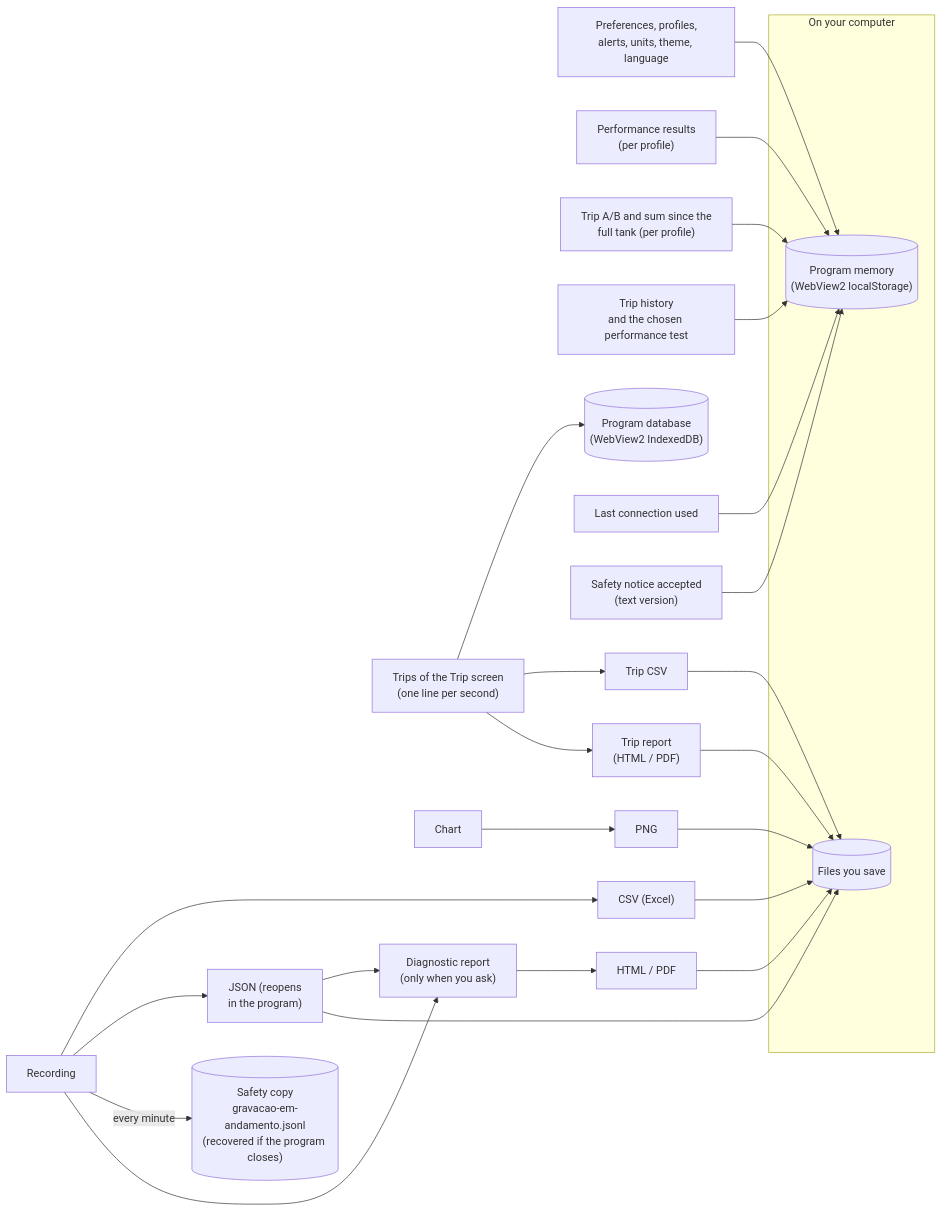
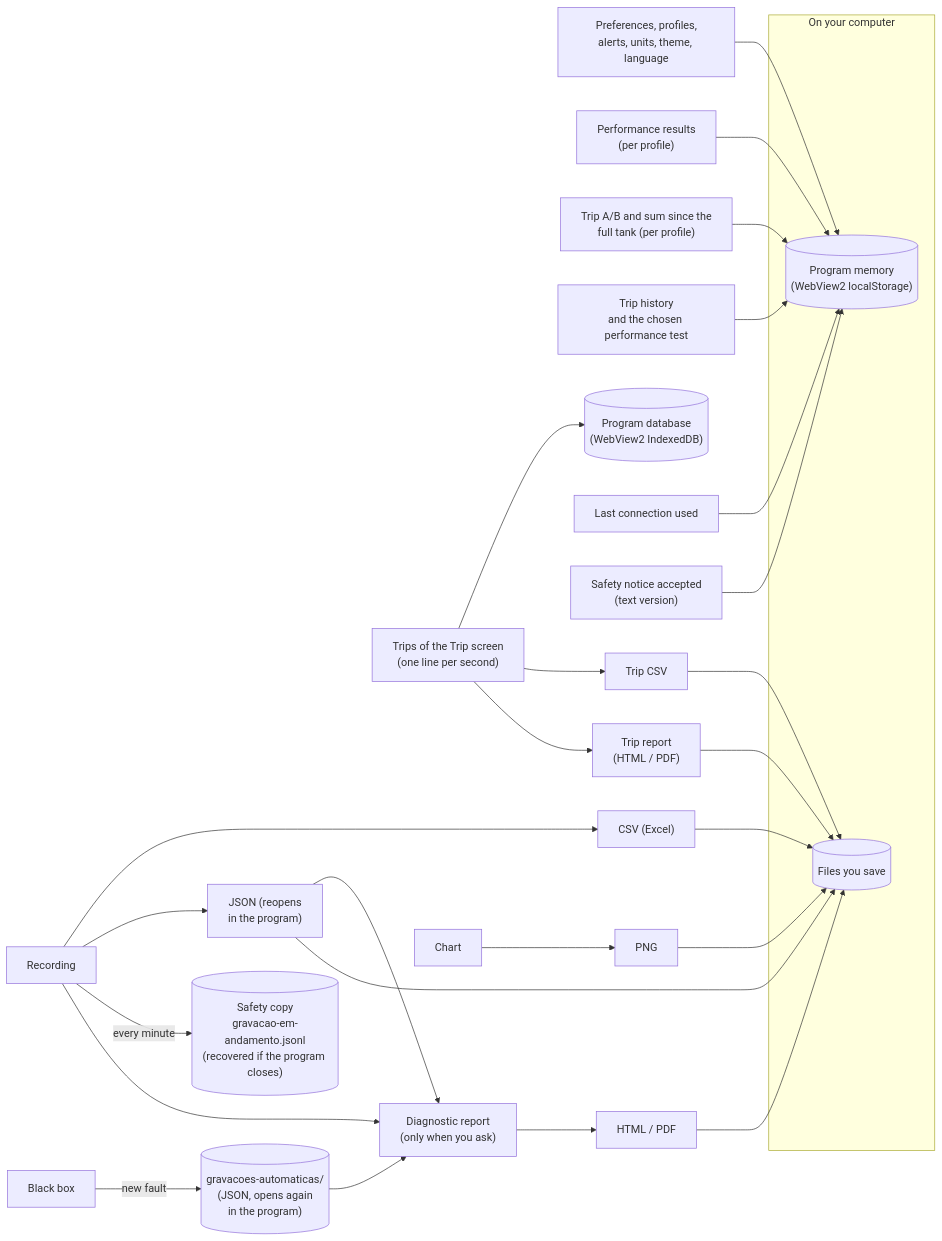
One commit to samuvieceli/obd2-scanner changed diagram 19 of 23 in docs/en/DIAGRAMAS.md. Above: the diagram before and after it, drawn with Mermaid. The commit also changed other lines of this file and 33 other files, not shown here.

````diff
--- a/docs/en/DIAGRAMAS.md
+++ b/docs/en/DIAGRAMAS.md
@@ -505,22 +505,24 @@
 ```mermaid
 flowchart LR
     subgraph pc["On your computer"]
         ls[("Program memory<br/>(WebView2 localStorage)")]
         files[("Files you save")]
     end
     prefs["Preferences, profiles,<br/>alerts, units, theme, language"] --> ls
     perfres["Performance results<br/>(per profile)"] --> ls
     fillsum["Trip A/B and sum since the<br/>full tank (per profile)"] --> ls
     drv["Trip history<br/>and the chosen performance test"] --> ls
     jrn["Trips of the Trip screen<br/>(one line per second)"] --> idb[("Program database<br/>(WebView2 IndexedDB)")]
     conn["Last connection used"] --> ls
     aviso["Safety notice accepted<br/>(text version)"] --> ls
     rec["Recording"] --> csv["CSV (Excel)"] & json["JSON (reopens<br/>in the program)"]
     rec -- "every minute" --> backup[("Safety copy<br/>gravacao-em-andamento.jsonl<br/>(recovered if the program closes)")]
+    bb["Black box"] -- "new fault" --> auto[("gravacoes-automaticas/<br/>(JSON, opens again<br/>in the program)")]
+    auto --> report
     chart["Chart"] --> png["PNG"]
     jrn --> jcsv["Trip CSV"] & jhtml["Trip report<br/>(HTML / PDF)"]
     rec --> report["Diagnostic report<br/>(only when you ask)"]
     json --> report
     report --> html["HTML / PDF"]
     csv & json & png & html & jcsv & jhtml --> files
 ```
````
